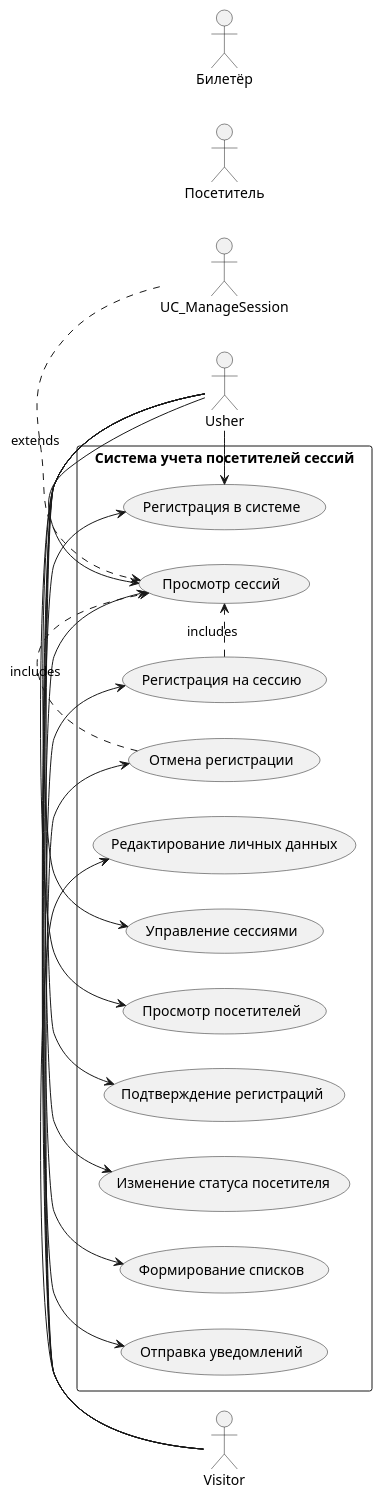
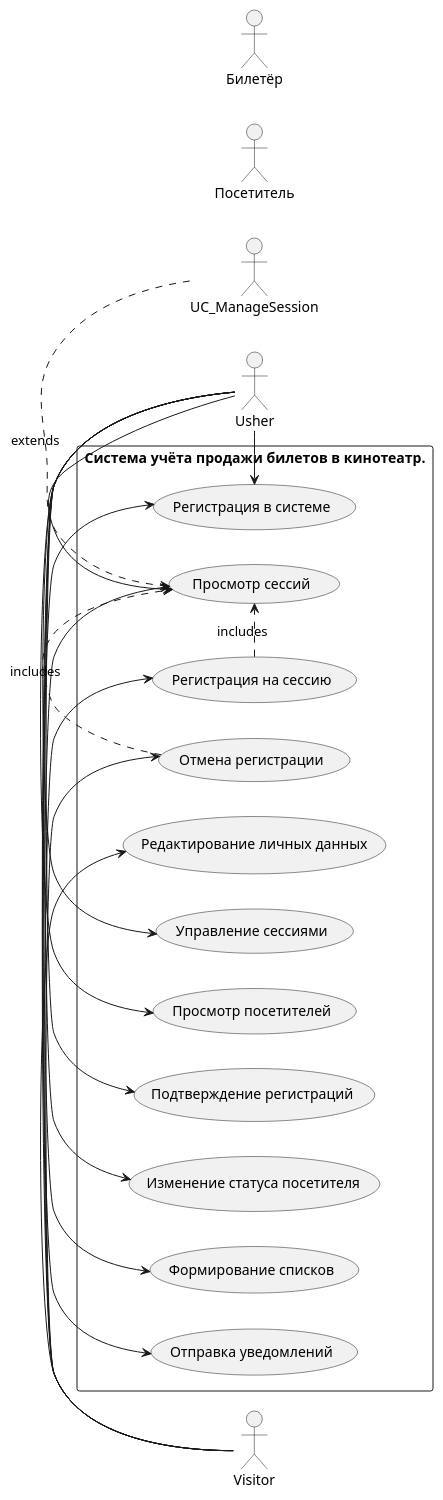
Before and after one commit to damnedpunk/main: the diagram in usecase.puml, drawn with PlantUML.

Commit message:
usecase.puml

```diff
--- a/usecase.puml
+++ b/usecase.puml
@@ -1,45 +1,45 @@
 @startuml
 left to right direction
 skinparam packageStyle rectangle
 
 actor "Посетитель" as Participant
 actor "Билетёр" as Organizer
 
-package "Система учета посетителей сессий" {
+package "Система учёта продажи билетов в кинотеатр." {
   usecase "Регистрация в системе" as UC_Register
   usecase "Просмотр сессий" as UC_ViewSessions
   usecase "Регистрация на сессию" as UC_RegisterSession
   usecase "Отмена регистрации" as UC_CancelRegistration
   usecase "Редактирование личных данных" as UC_EditProfile
   
   usecase "Управление сессиями" as UC_ManageSessions
   usecase "Просмотр посетителей" as UC_ViewVisitors
   usecase "Подтверждение регистраций" as UC_ConfirmRegistration
   usecase "Изменение статуса посетителя" as UC_ChangeStatus
   usecase "Формирование списков" as UC_GenerateLists
   usecase "Отправка уведомлений" as UC_SendNotifications
 }
 
 ' Связи посетителя
 Visitor -> UC_Register
 Visitor -> UC_ViewSessions
 Visitor -> UC_RegisterSession
 Visitor -> UC_CancelRegistration
 Visitor -> UC_EditProfile
 
 ' Связи билетёра
 Usher -> UC_ManageSessions
 Usher -> UC_ViewVisitors
 Usher -> UC_ConfirmRegistration
 Usher -> UC_ChangeStatus
 Usher -> UC_GenerateLists
 Usher -> UC_SendNotifications
 Usher -> UC_ViewSessions
 Usher -> UC_Register
 
 ' Расширения и включения
 UC_ManageSession .> UC_ViewSessions : extends
 UC_RegisterSession .> UC_ViewSessions : includes
 UC_CancelRegistration .> UC_ViewSessions : includes
 
 @enduml
```
